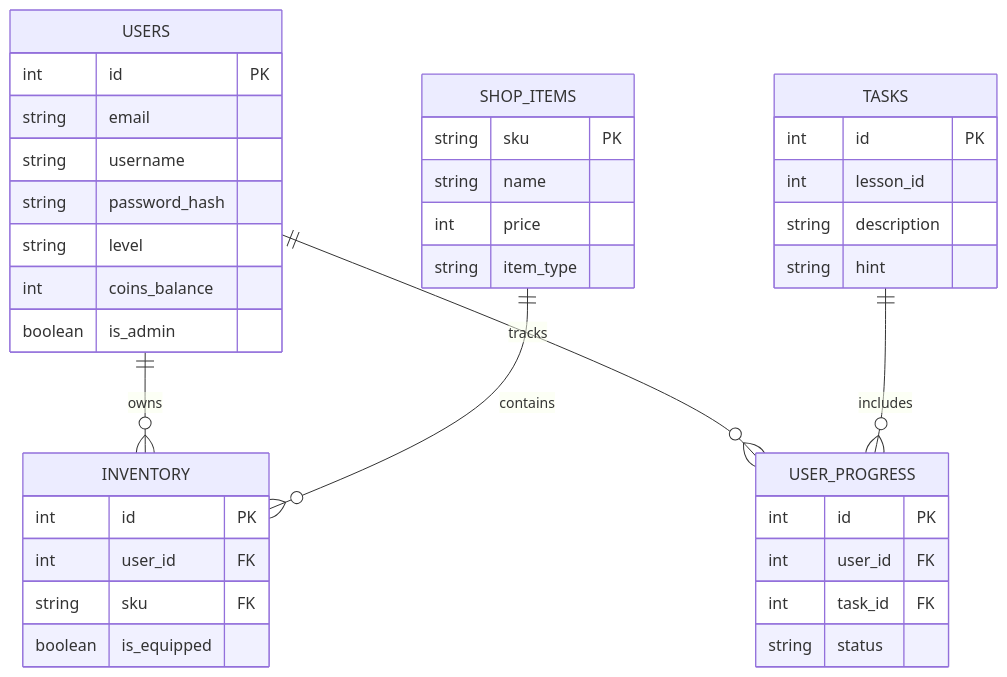
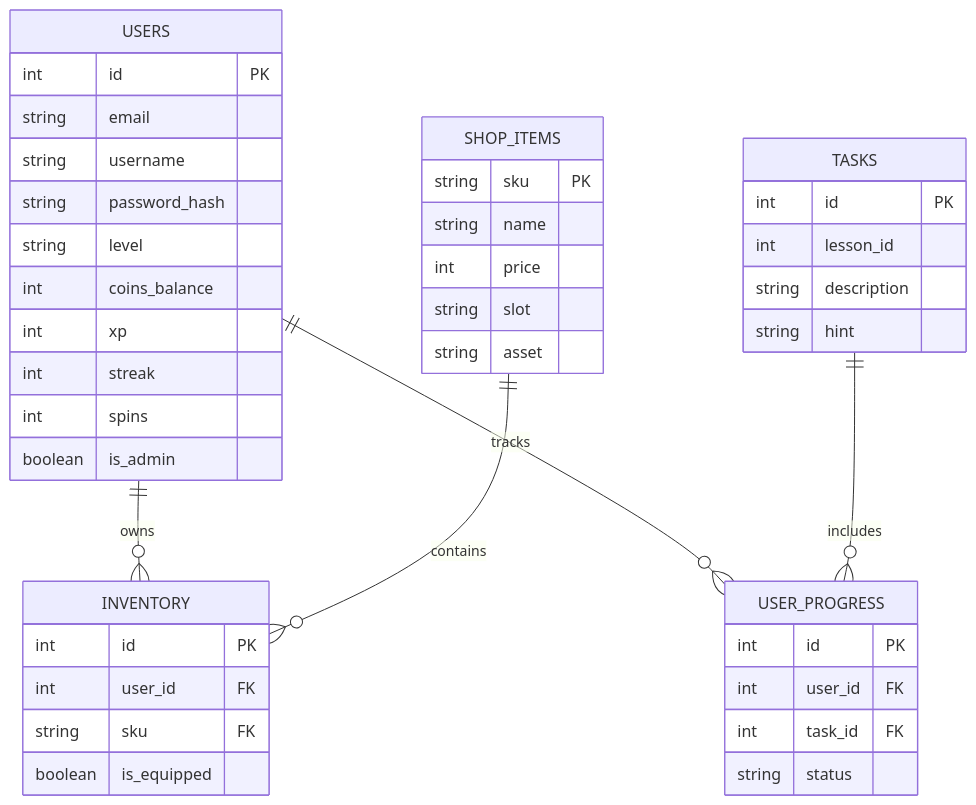
The diagram in Database_Schema.md (KrisKrossik/SmartSchool-Docs), drawn with Mermaid before and after one commit. The commit also changed other lines of this file, not shown here.

````diff
--- a/Database_Schema.md
+++ b/Database_Schema.md
@@ -1,45 +1,49 @@
 ```mermaid
 erDiagram
     USERS ||--o{ INVENTORY : owns
     SHOP_ITEMS ||--o{ INVENTORY : contains
     USERS ||--o{ USER_PROGRESS : tracks
     TASKS ||--o{ USER_PROGRESS : includes
 
     USERS {
         int id PK
         string email
         string username
         string password_hash
         string level
         int coins_balance
+        int xp
+        int streak
+        int spins
         boolean is_admin
     }
 
     TASKS {
         int id PK
         int lesson_id
         string description
         string hint
     }
 
     SHOP_ITEMS {
         string sku PK
         string name
         int price
-        string item_type
+        string slot
+        string asset
     }
 
     INVENTORY {
         int id PK
         int user_id FK
         string sku FK
         boolean is_equipped
     }
 
     USER_PROGRESS {
         int id PK
         int user_id FK
         int task_id FK
         string status
     }
 ```
````
